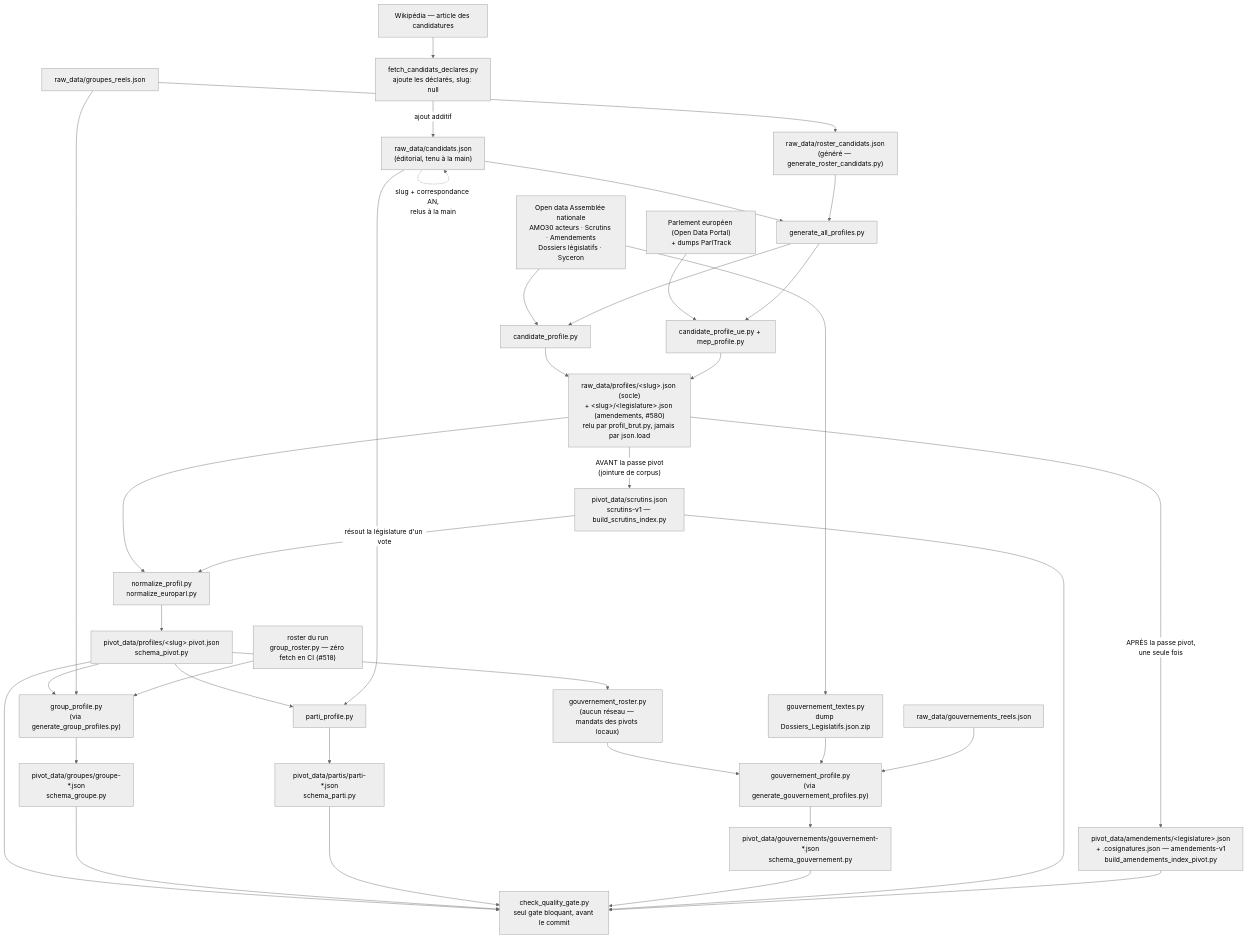
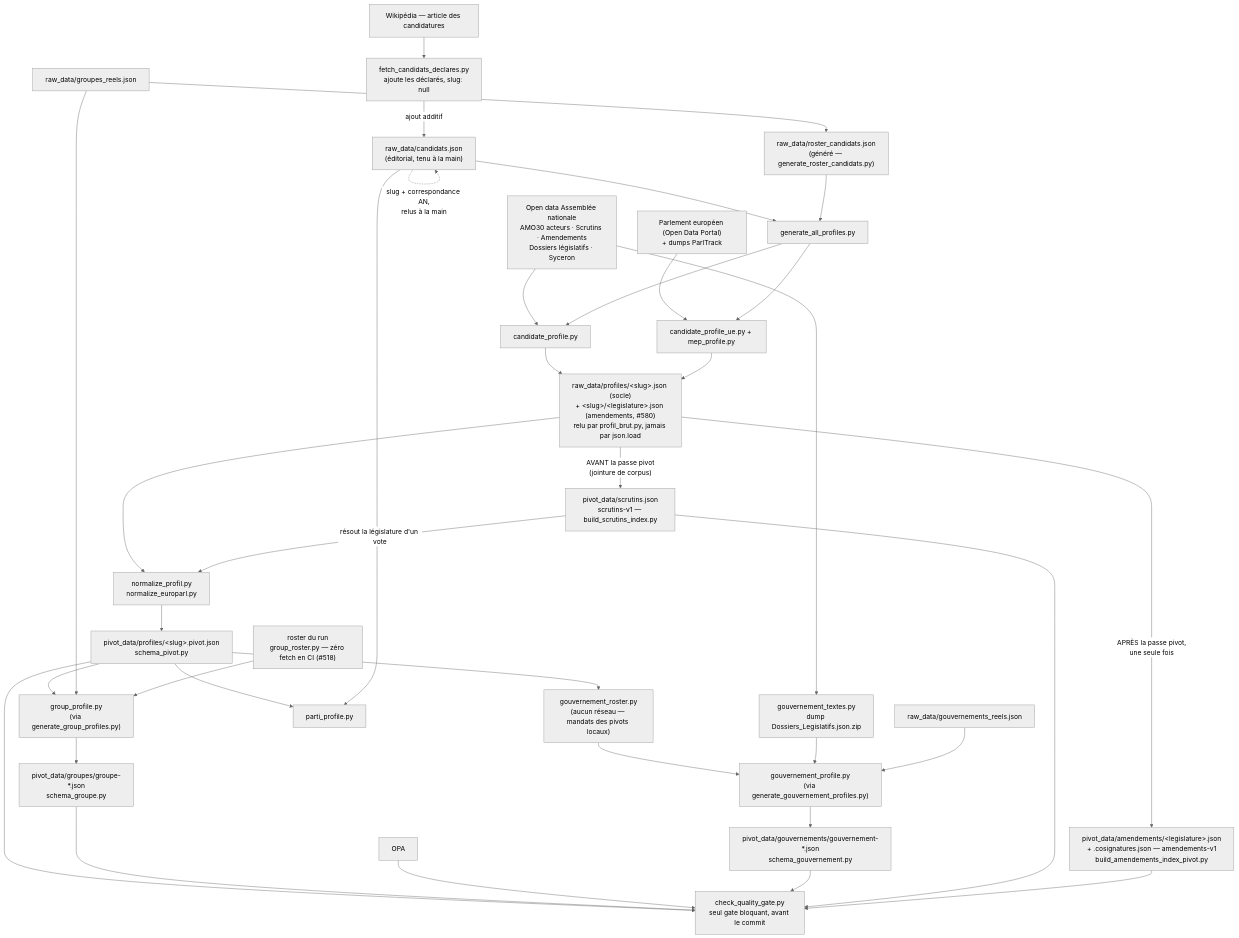
One commit to stephieED/Empreinte-politique-src changed the first of 2 diagrams in docs/data-architecture.md. Above: the diagram before and after it, drawn with Mermaid (neutral theme). The commit also changed other lines of this file and 44 other files, not shown here.

````diff
--- a/docs/data-architecture.md
+++ b/docs/data-architecture.md
@@ -62,62 +62,61 @@
 ```mermaid
 graph TD
     %% ── SOURCES ──────────────────────────────────────────────
     SAN["Open data Assemblée nationale<br/>AMO30 acteurs · Scrutins · Amendements<br/>Dossiers législatifs · Syceron"]
     SUE["Parlement européen (Open Data Portal)<br/>+ dumps ParlTrack"]
     SWK["Wikipédia — article des candidatures"]
 
     %% ── ENTRÉES ÉDITORIALES ─────────────────────────────────
     CAND["raw_data/candidats.json<br/>(éditorial, tenu à la main)"]
     ROST["raw_data/roster_candidats.json<br/>(généré — generate_roster_candidats.py)"]
     GRPC["raw_data/groupes_reels.json"]
     GOUC["raw_data/gouvernements_reels.json"]
 
     SWK --> WIKI["fetch_candidats_declares.py<br/>ajoute les déclarés, slug: null"]
     WIKI -->|ajout additif| CAND
     CAND -.->|slug + correspondance AN,<br/>relus à la main| CAND
     GRPC --> ROST
 
     %% ── COLLECTE ────────────────────────────────────────────
     SAN --> CFR["candidate_profile.py"]
     SUE --> CUE["candidate_profile_ue.py + mep_profile.py"]
     CAND --> GAP["generate_all_profiles.py"]
     ROST --> GAP
     GAP --> CFR
     GAP --> CUE
 
     CFR --> RAW["raw_data/profiles/&lt;slug&gt;.json (socle)<br/>+ &lt;slug&gt;/&lt;legislature&gt;.json (amendements, #580)<br/>relu par profil_brut.py, jamais par json.load"]
     CUE --> RAW
 
     %% ── INDEX PARTAGÉS : LUS DEPUIS LE BRUT ─────────────────
     RAW -->|"AVANT la passe pivot<br/>(jointure de corpus)"| SCR["pivot_data/scrutins.json<br/>scrutins-v1 — build_scrutins_index.py"]
     RAW -->|"APRÈS la passe pivot,<br/>une seule fois"| AMD["pivot_data/amendements/&lt;legislature&gt;.json<br/>+ .cosignatures.json — amendements-v1<br/>build_amendements_index_pivot.py"]
 
     %% ── NORMALISATION ───────────────────────────────────────
     RAW --> NRM["normalize_profil.py<br/>normalize_europarl.py"]
     SCR -->|résout la législature d'un vote| NRM
     NRM --> PIV["pivot_data/profiles/&lt;slug&gt;.pivot.json<br/>schema_pivot.py"]
 
     %% ── AGRÉGATS ────────────────────────────────────────────
     PIV --> GRP["group_profile.py<br/>(via generate_group_profiles.py)"]
     GRPC --> GRP
     ROSTB["roster du run<br/>group_roster.py — zéro fetch en CI (#518)"] --> GRP
     PIV --> PAR["parti_profile.py"]
     CAND --> PAR
     PIV --> GVR["gouvernement_roster.py<br/>(aucun réseau — mandats des pivots locaux)"]
     SAN --> GVT["gouvernement_textes.py<br/>dump Dossiers_Legislatifs.json.zip"]
     GVR --> GVP["gouvernement_profile.py<br/>(via generate_gouvernement_profiles.py)"]
     GVT --> GVP
     GOUC --> GVP
 
     GRP --> OGR["pivot_data/groupes/groupe-*.json<br/>schema_groupe.py"]
-    PAR --> OPA["pivot_data/partis/parti-*.json<br/>schema_parti.py"]
     GVP --> OGO["pivot_data/gouvernements/gouvernement-*.json<br/>schema_gouvernement.py"]
 
     %% ── GATE ────────────────────────────────────────────────
     PIV --> QG["check_quality_gate.py<br/>seul gate bloquant, avant le commit"]
     OGR --> QG
     OPA --> QG
     OGO --> QG
     SCR --> QG
     AMD --> QG
 ```
````
